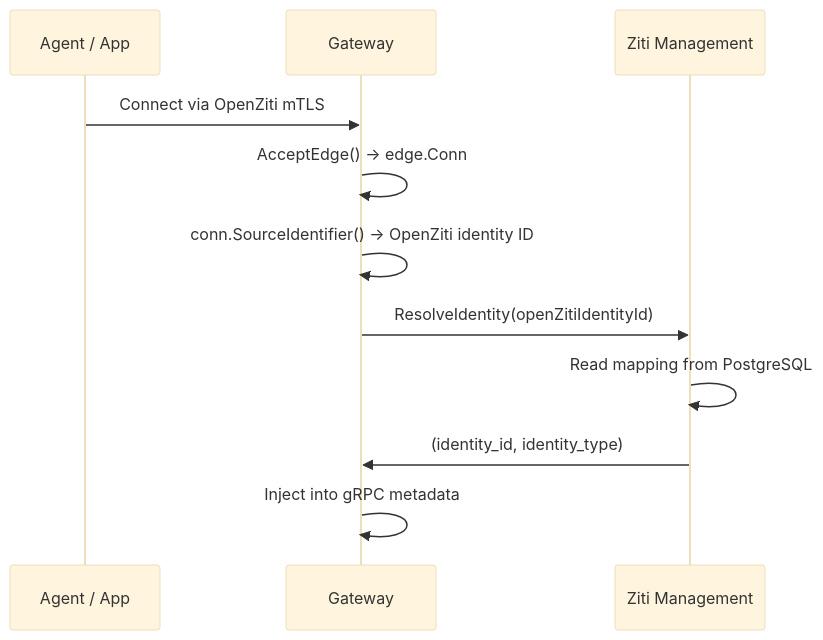
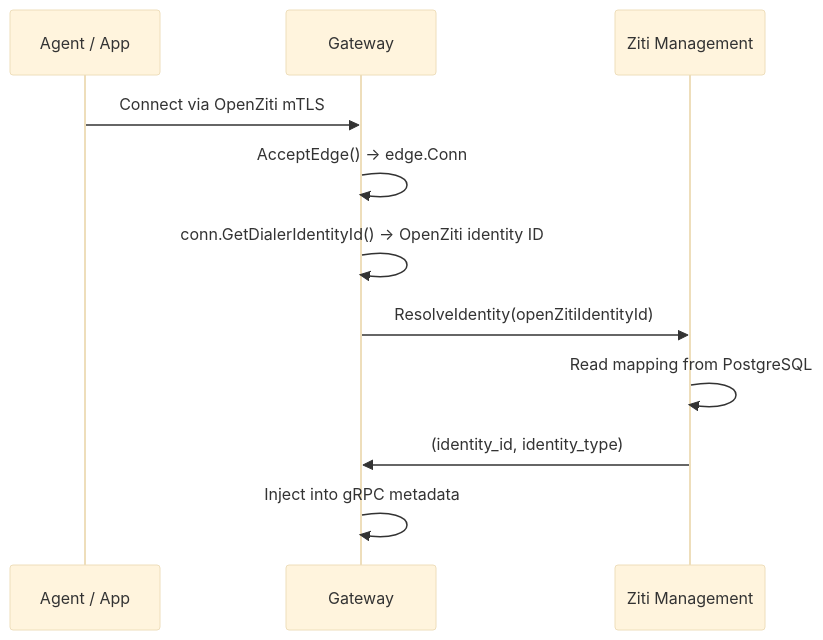
One commit to agynio/architecture changed the third of 5 diagrams in architecture/openziti.md. Above: the diagram before and after it, drawn with Mermaid (base theme). The commit also changed other lines of this file and 2 other files, not shown here.

Commit message:
Upgrade ziti to v2

````diff
--- a/architecture/openziti.md
+++ b/architecture/openziti.md
@@ -294,14 +294,14 @@
 ```mermaid
 sequenceDiagram
     participant A as Agent / App
     participant GW as Gateway
     participant ZM as Ziti Management
 
     A->>GW: Connect via OpenZiti mTLS
     GW->>GW: AcceptEdge() → edge.Conn
-    GW->>GW: conn.SourceIdentifier() → OpenZiti identity ID
+    GW->>GW: conn.GetDialerIdentityId() → OpenZiti identity ID
     GW->>ZM: ResolveIdentity(openZitiIdentityId)
     ZM->>ZM: Read mapping from PostgreSQL
     ZM->>GW: (identity_id, identity_type)
     GW->>GW: Inject into gRPC metadata
 ```
````
